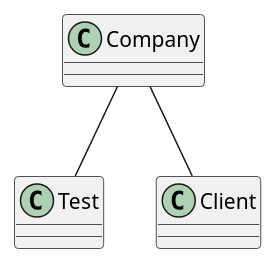
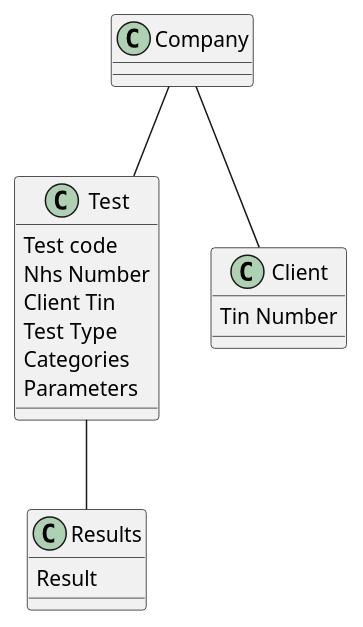
The diagram in docs/SprintD/US1/US1_MD.puml (MarianaCLages/LAPR2), drawn with PlantUML before and after one commit. The commit also changed 6 other files, not shown here.

```diff
--- a/docs/SprintD/US1/US1_MD.puml
+++ b/docs/SprintD/US1/US1_MD.puml
@@ -1,18 +1,28 @@
 @startuml
 
 class Test{
-
+Test code
+Nhs Number
+Client Tin
+Test Type
+Categories
+Parameters
 }
 
 
 class Client{
-
+Tin Number
 }
 
 class Company{
 
 }
 
+class Results{
+Result
+}
+
 Company -- Test
 Company -- Client
+Test -- Results
 @enduml
```
